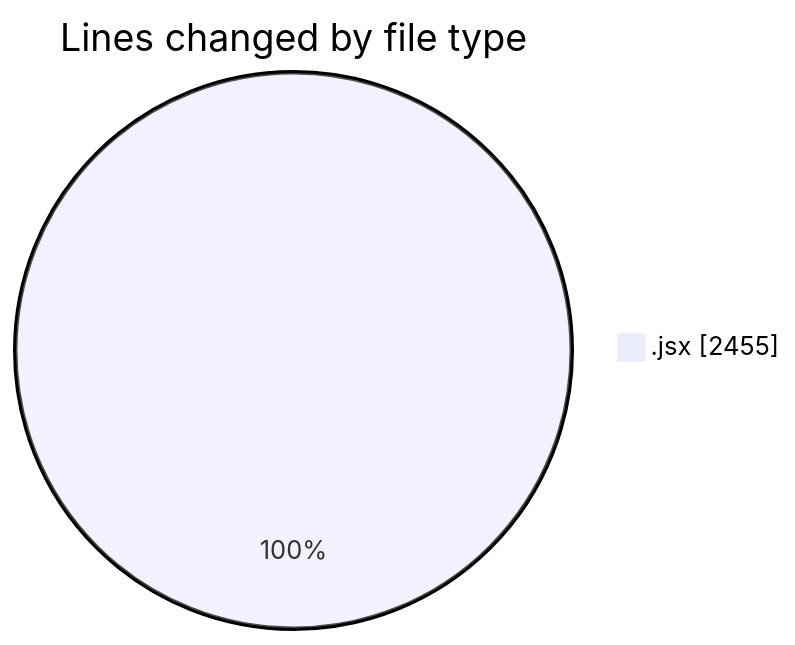
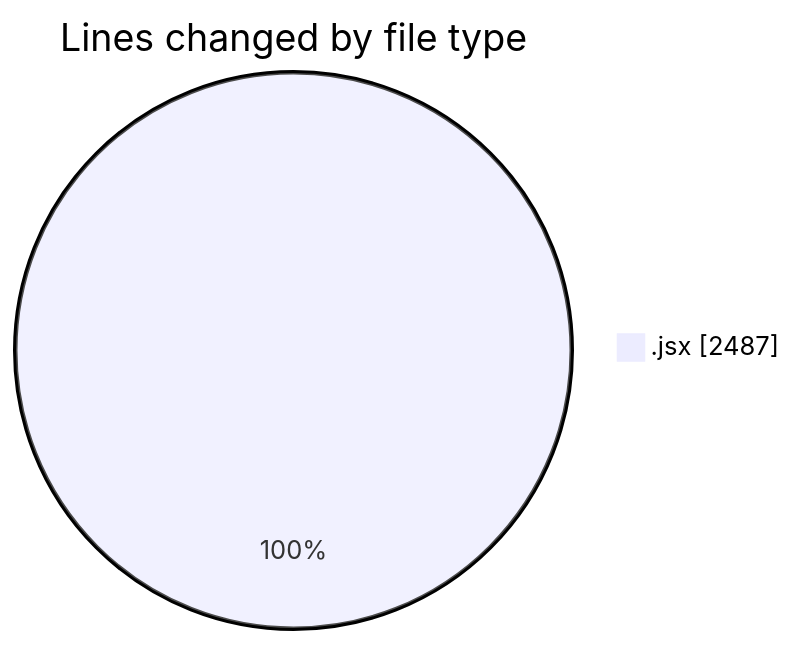
The first of 2 diagrams in 2025-05-05/nxtqube_webapp/README.md (nxtqubesakshisongat/code-tracking), drawn with Mermaid before and after one commit. The commit also changed other lines of this file and 1 other file, not shown here.

````diff
--- a/2025-05-05/nxtqube_webapp/README.md
+++ b/2025-05-05/nxtqube_webapp/README.md
@@ -20,5 +20,5 @@
 ```mermaid
 pie showData
 title Lines changed by file type
-".jsx" : 2455
+".jsx" : 2487
 ```
````
